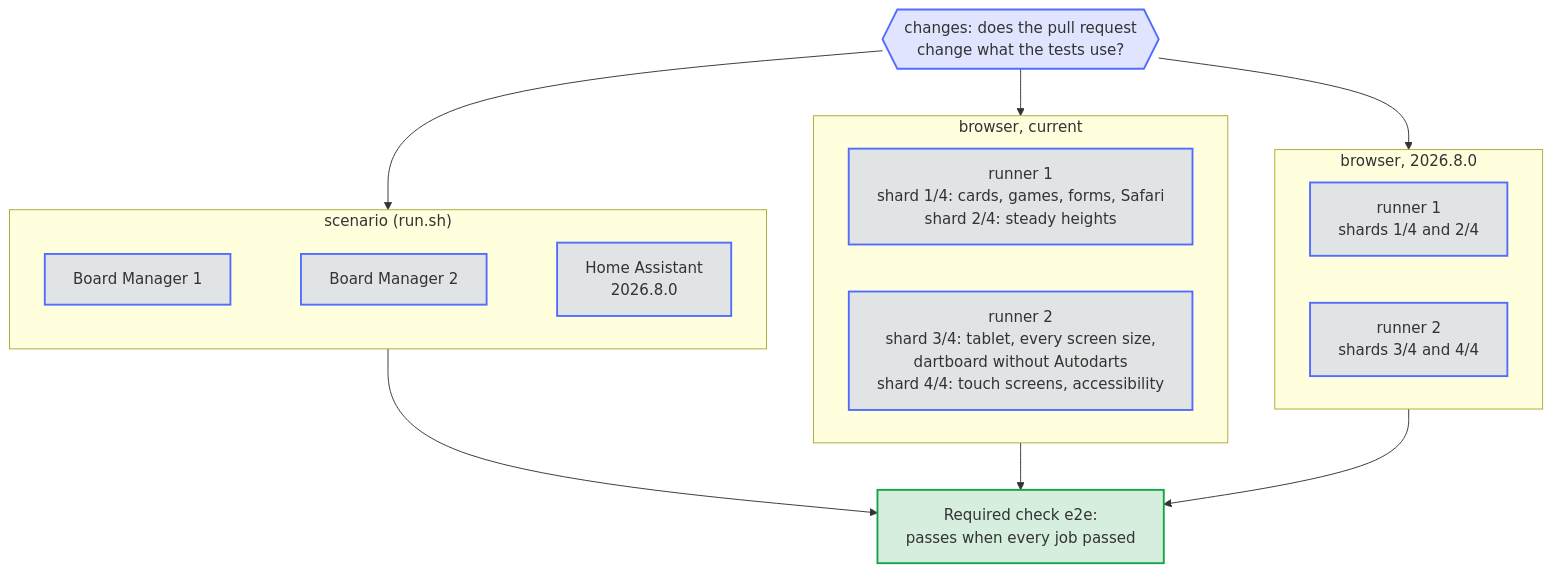
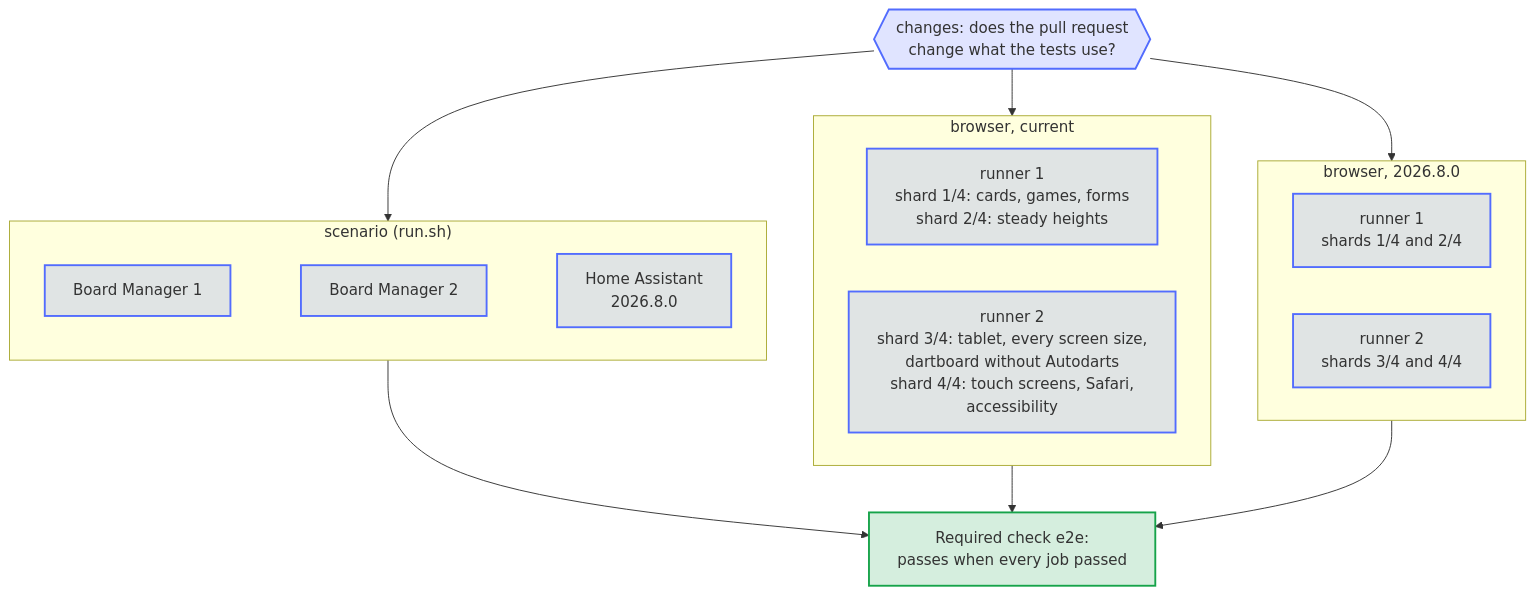
Before and after one commit to Dennis-Otto/ha-autodarts: the diagram in docs/diagrams/e2e-shards.en.mmd, drawn with Mermaid. The commit also changed 8 other files, not shown here.

First line of the commit message:
ci(e2e): run Safari beside the touch screens and the accessibility check

```diff
--- a/docs/diagrams/e2e-shards.en.mmd
+++ b/docs/diagrams/e2e-shards.en.mmd
@@ -1,40 +1,40 @@
 ---
 config:
   flowchart:
     wrappingWidth: 400
 ---
 flowchart TB
   accTitle: The end-to-end tests side by side
   accDescr: Once the job changes finds something to test, seven test jobs start at the same time. Three run the scenario, for Board Manager 1, Board Manager 2 and Home Assistant 2026.8.0. Four run the browser test, two for the current and two for the oldest supported Home Assistant. Each browser job starts two demo instances, each with a browser and one of the four shards of the steps, so all four shards of a version run at once. The required check e2e waits for all of them.
 
   CHANGES{{"changes: does the pull request<br/>change what the tests use?"}}
   CHANGES --> SCENARIO
   CHANGES --> CURRENT
   CHANGES --> OLDEST
 
   subgraph SCENARIO["scenario (run.sh)"]
     direction LR
     S1["Board Manager 1"] ~~~ S2["Board Manager 2"] ~~~ S3["Home Assistant<br/>2026.8.0"]
   end
 
   subgraph CURRENT["browser, current"]
     direction LR
-    C1["runner 1<br/>shard 1/4: cards, games, forms, Safari<br/>shard 2/4: steady heights"]
-    C2["runner 2<br/>shard 3/4: tablet, every screen size,<br/>dartboard without Autodarts<br/>shard 4/4: touch screens, accessibility"]
+    C1["runner 1<br/>shard 1/4: cards, games, forms<br/>shard 2/4: steady heights"]
+    C2["runner 2<br/>shard 3/4: tablet, every screen size,<br/>dartboard without Autodarts<br/>shard 4/4: touch screens, Safari,<br/>accessibility"]
   end
 
   subgraph OLDEST["browser, 2026.8.0"]
     direction LR
     O1["runner 1<br/>shards 1/4 and 2/4"]
     O2["runner 2<br/>shards 3/4 and 4/4"]
   end
 
   SCENARIO --> GATE["Required check e2e:<br/>passes when every job passed"]
   CURRENT --> GATE
   OLDEST --> GATE
 
   classDef bot fill:#526cfe2e,stroke:#526cfe,stroke-width:2px
   classDef done fill:#16a34a2e,stroke:#16a34a,stroke-width:2px
   class CHANGES bot
   class S1,S2,S3,C1,C2,O1,O2 bot
   class GATE done
```
